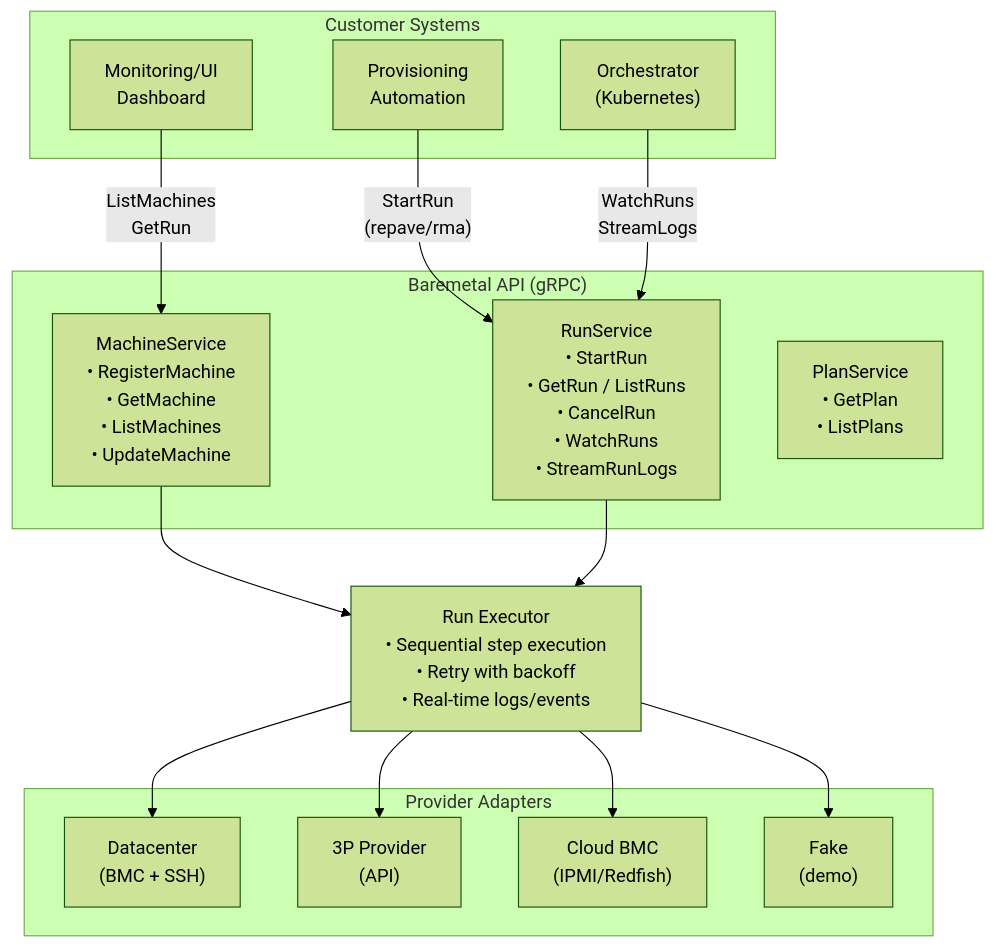
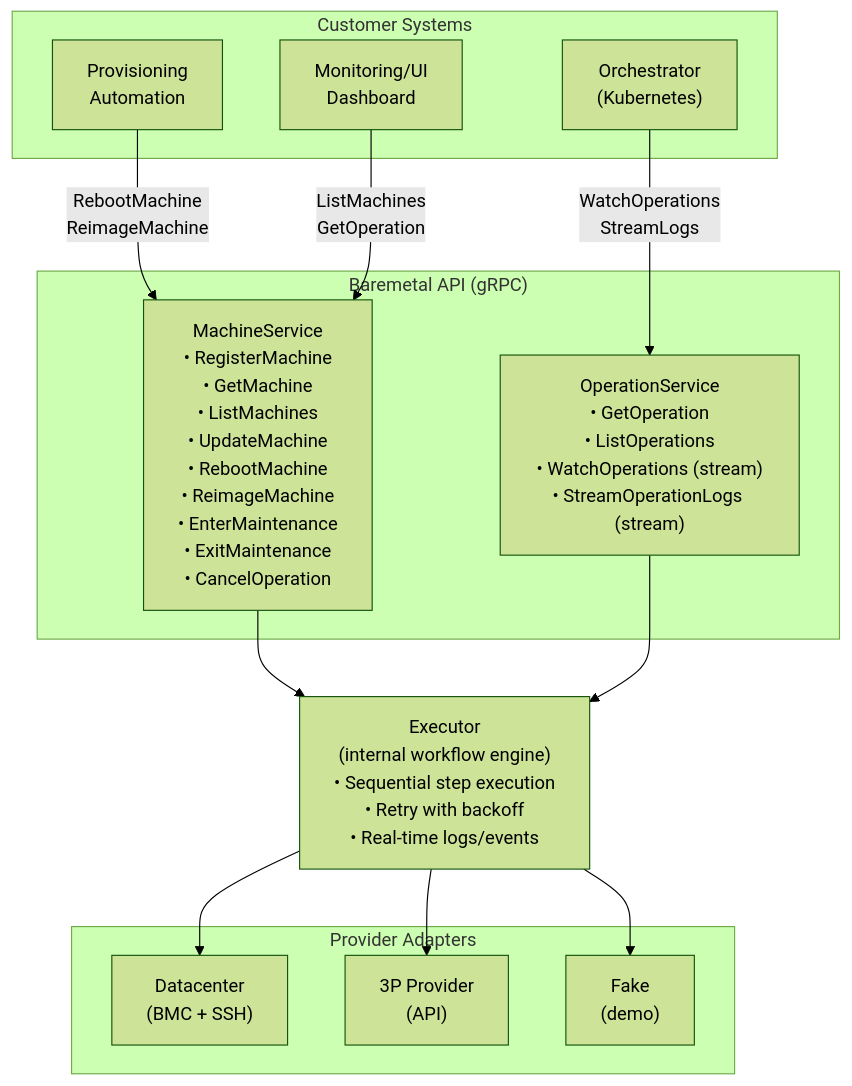
The first of 4 diagrams in docs/baremetal-api-v1.md (vpatelsj/stargate), drawn with Mermaid (forest theme) before and after one commit. The commit also changed other lines of this file and 7 other files, not shown here.

````diff
--- a/docs/baremetal-api-v1.md
+++ b/docs/baremetal-api-v1.md
@@ -169,34 +106,31 @@
 ```mermaid
 flowchart TB
     subgraph customers["Customer Systems"]
         auto["Provisioning<br/>Automation"]
         orch["Orchestrator<br/>(Kubernetes)"]
         ui["Monitoring/UI<br/>Dashboard"]
     end
 
     subgraph api["Baremetal API (gRPC)"]
-        ms["MachineService<br/>• RegisterMachine<br/>• GetMachine<br/>• ListMachines<br/>• UpdateMachine"]
-        rs["RunService<br/>• StartRun<br/>• GetRun / ListRuns<br/>• CancelRun<br/>• WatchRuns<br/>• StreamRunLogs"]
-        ps["PlanService<br/>• GetPlan<br/>• ListPlans"]
+        ms["MachineService<br/>• RegisterMachine<br/>• GetMachine<br/>• ListMachines<br/>• UpdateMachine<br/>• RebootMachine<br/>• ReimageMachine<br/>• EnterMaintenance<br/>• ExitMaintenance<br/>• CancelOperation"]
+        os["OperationService<br/>• GetOperation<br/>• ListOperations<br/>• WatchOperations (stream)<br/>• StreamOperationLogs (stream)"]
     end
 
-    exec["Run Executor<br/>• Sequential step execution<br/>• Retry with backoff<br/>• Real-time logs/events"]
+    exec["Executor<br/>(internal workflow engine)<br/>• Sequential step execution<br/>• Retry with backoff<br/>• Real-time logs/events"]
 
     subgraph providers["Provider Adapters"]
         dc["Datacenter<br/>(BMC + SSH)"]
         third["3P Provider<br/>(API)"]
-        cloud["Cloud BMC<br/>(IPMI/Redfish)"]
         fake["Fake<br/>(demo)"]
     end
 
-    auto -->|"StartRun<br/>(repave/rma)"| rs
-    orch -->|"WatchRuns<br/>StreamLogs"| rs
-    ui -->|"ListMachines<br/>GetRun"| ms
+    auto -->|"RebootMachine<br/>ReimageMachine"| ms
+    orch -->|"WatchOperations<br/>StreamLogs"| os
+    ui -->|"ListMachines<br/>GetOperation"| ms
 
     ms --> exec
-    rs --> exec
+    os --> exec
     exec --> dc
     exec --> third
-    exec --> cloud
     exec --> fake
 ```
````
